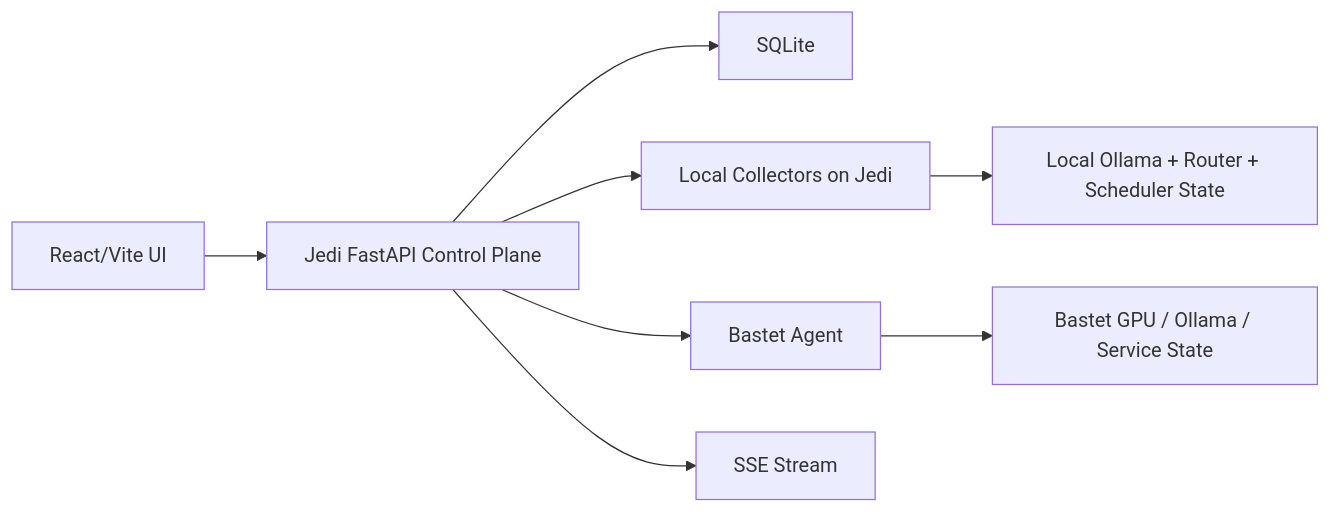
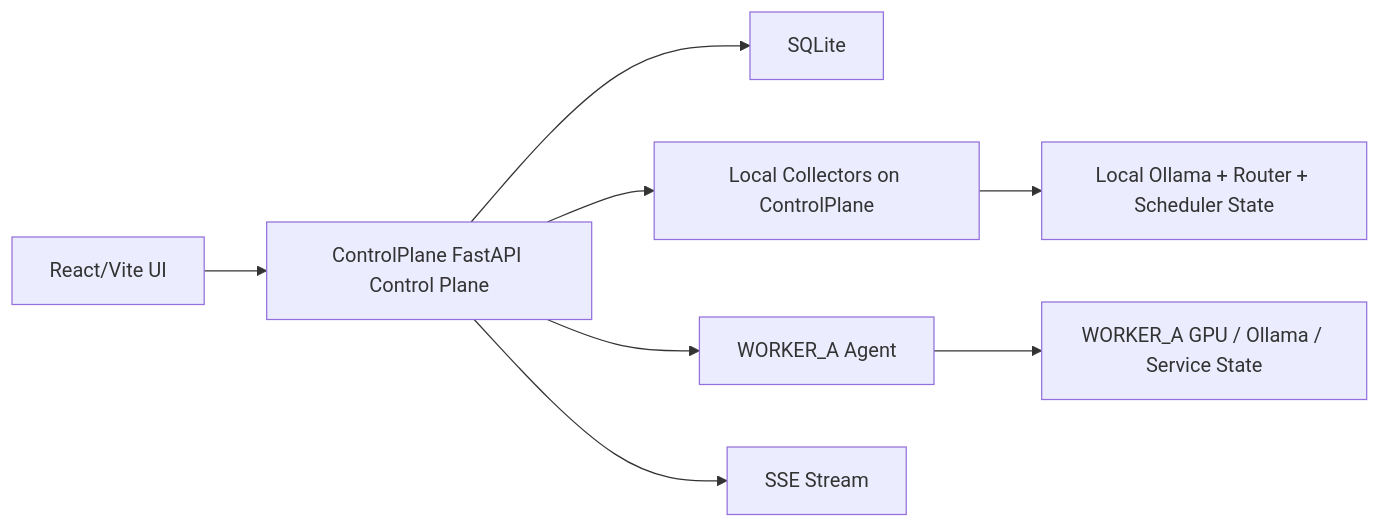
The diagram in docs/superpowers/specs/2026-04-22-vantage-design.md (jbright471/Vantage), drawn with Mermaid before and after one commit. The commit also changed other lines of this file and 7 other files, not shown here.

````diff
--- a/docs/superpowers/specs/2026-04-22-vantage-design.md
+++ b/docs/superpowers/specs/2026-04-22-vantage-design.md
@@ -108,10 +110,10 @@
 ```mermaid
 flowchart LR
-    UI["React/Vite UI"] --> API["Jedi FastAPI Control Plane"]
+    UI["React/Vite UI"] --> API["ControlPlane FastAPI Control Plane"]
     API --> DB["SQLite"]
-    API --> JLOCAL["Local Collectors on Jedi"]
-    API --> BASTET["Bastet Agent"]
+    API --> JLOCAL["Local Collectors on ControlPlane"]
+    API --> WORKER_A["WORKER_A Agent"]
     API --> SSE["SSE Stream"]
     JLOCAL --> OLLAMAJ["Local Ollama + Router + Scheduler State"]
-    BASTET --> OLLAMAB["Bastet GPU / Ollama / Service State"]
+    WORKER_A --> OLLAMAB["WORKER_A GPU / Ollama / Service State"]
 ```
````
